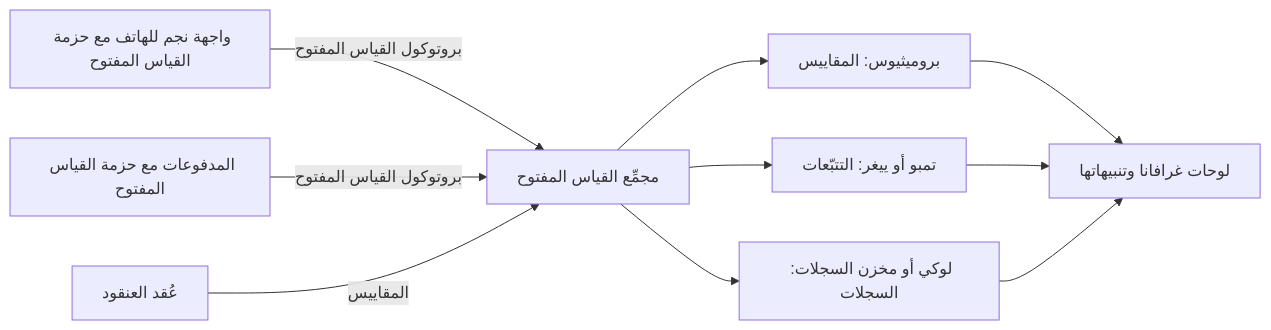
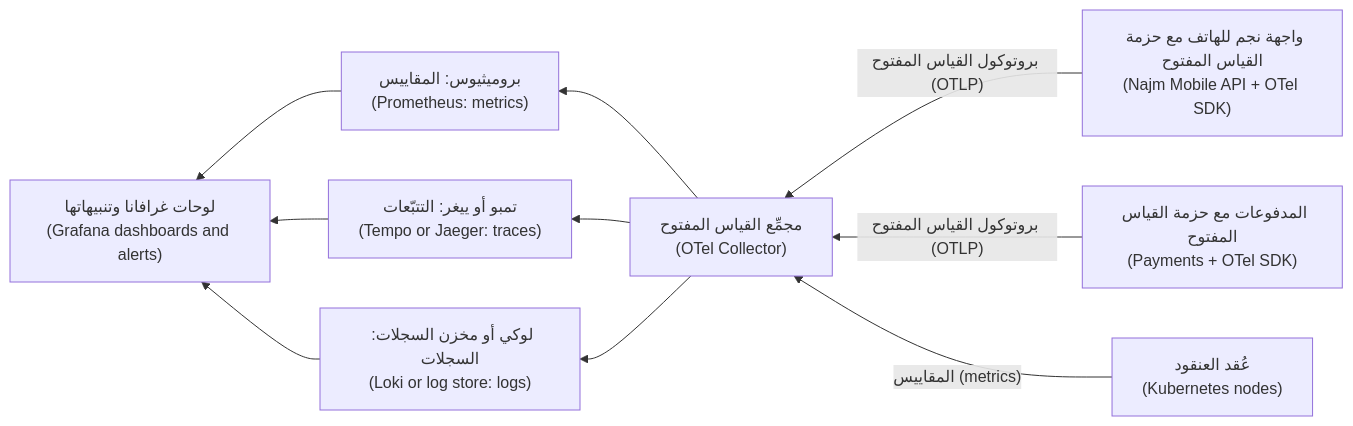
Before and after one commit to Tamoura/system-design-for-vibe-coders: the first of 3 diagrams in cloud/modules/05-observability.ar.md, drawn with Mermaid. The commit also changed other lines of this file and 20 other files, not shown here.

First line of the commit message:
New courses: Arabic diagrams read right-to-left with English labels (modules 0–6)

````diff
--- a/cloud/modules/05-observability.ar.md
+++ b/cloud/modules/05-observability.ar.md
@@ -93,12 +93,12 @@
 ```mermaid
-flowchart LR
-  A["واجهة نجم للهاتف مع حزمة القياس المفتوح"] -->|"بروتوكول القياس المفتوح"| C["مجمِّع القياس المفتوح"]
-  P["المدفوعات مع حزمة القياس المفتوح"] -->|"بروتوكول القياس المفتوح"| C
-  K["عُقد العنقود"] -->|"المقاييس"| C
-  C --> M["بروميثيوس: المقاييس"]
-  C --> T["تمبو أو ييغر: التتبّعات"]
-  C --> L["لوكي أو مخزن السجلات: السجلات"]
-  M --> G["لوحات غرافانا وتنبيهاتها"]
+flowchart RL
+  A["واجهة نجم للهاتف مع حزمة القياس المفتوح<br/>(Najm Mobile API + OTel SDK)"] -->|"بروتوكول القياس المفتوح (OTLP)"| C["مجمِّع القياس المفتوح<br/>(OTel Collector)"]
+  P["المدفوعات مع حزمة القياس المفتوح<br/>(Payments + OTel SDK)"] -->|"بروتوكول القياس المفتوح (OTLP)"| C
+  K["عُقد العنقود<br/>(Kubernetes nodes)"] -->|"المقاييس (metrics)"| C
+  C --> M["بروميثيوس: المقاييس<br/>(Prometheus: metrics)"]
+  C --> T["تمبو أو ييغر: التتبّعات<br/>(Tempo or Jaeger: traces)"]
+  C --> L["لوكي أو مخزن السجلات: السجلات<br/>(Loki or log store: logs)"]
+  M --> G["لوحات غرافانا وتنبيهاتها<br/>(Grafana dashboards and alerts)"]
   T --> G
   L --> G
 ```
````
